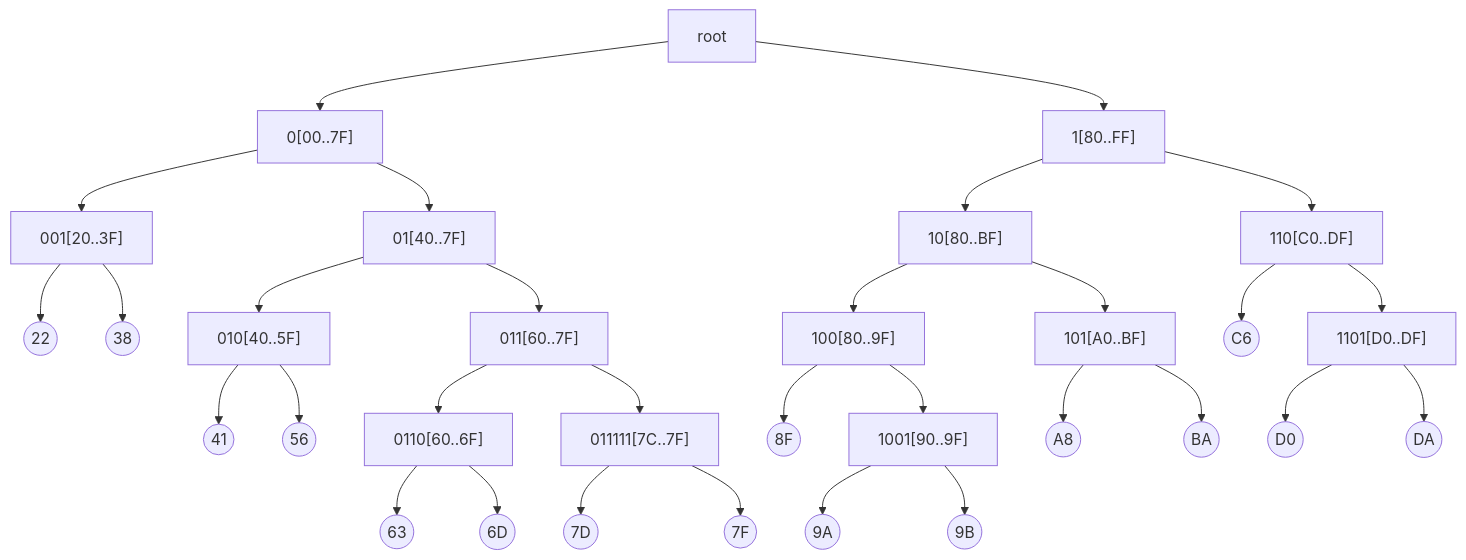
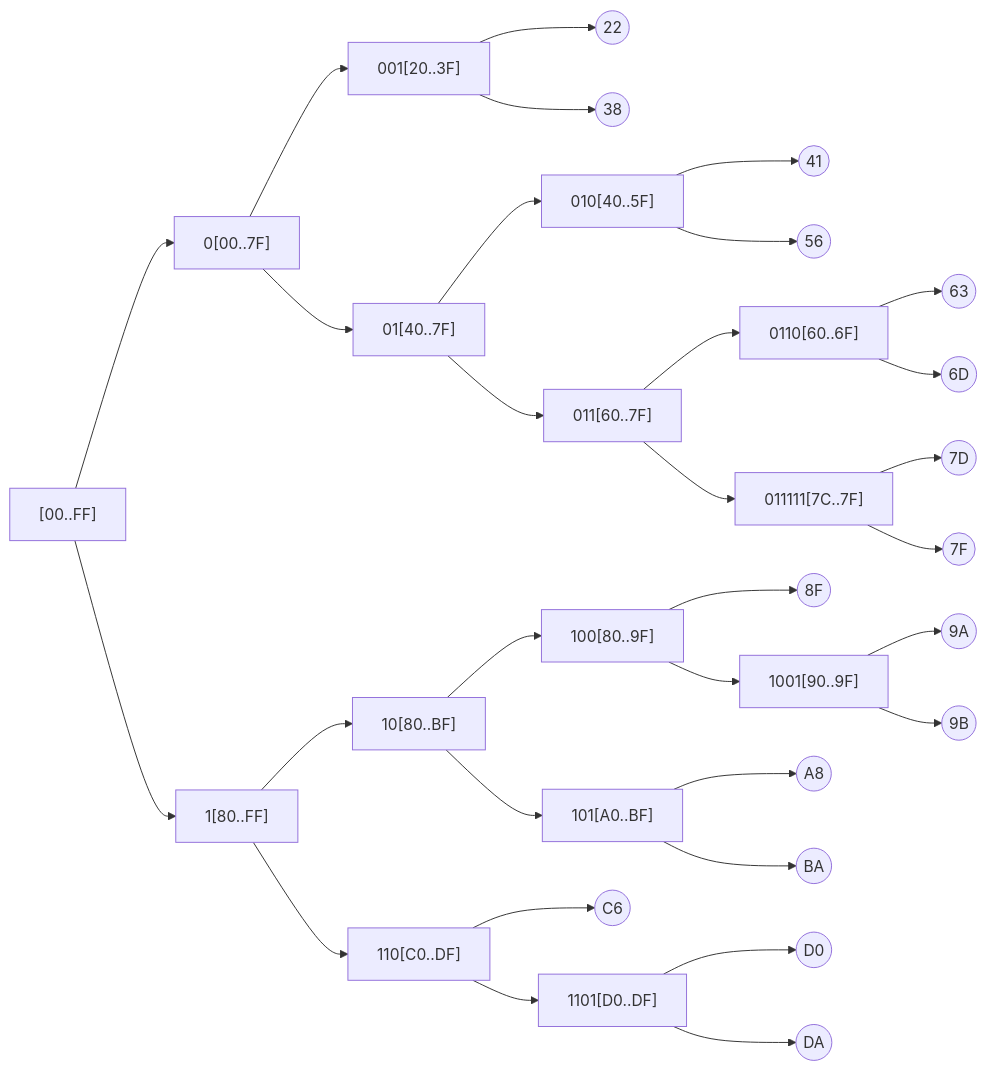
The third of 3 diagrams in notes/set-diff.md (sergey-shandar/public), drawn with Mermaid before and after one commit.

````diff
--- a/notes/set-diff.md
+++ b/notes/set-diff.md
@@ -53,19 +53,19 @@
 ```mermaid
-flowchart TD
-  root --> 0["0[00..7F]"] --> 001["001[20..3F]"] --> 22((22))
+flowchart LR
+  root["[00..FF]"] --> 0["0[00..7F]"] --> 001["001[20..3F]"] --> 22((22))
   root --> 1["1[80..FF]"] --> 10["10[80..BF]"] --> 100["100[80..9F]"] --> 8F((8F))
   0 --> 01["01[40..7F]"] --> 010["010[40..5F]"] --> 41((41))
   001 --> 38((38))
   01 --> 011["011[60..7F]"] --> 0110["0110[60..6F]"] --> 63((63))
   010 --> 56((56))
   011 --> 011111["011111[7C..7F]"] --> 7D((7D))
   0110 --> 6D((6D))
   011111 --> 7F((7F))
   1 --> 110["110[C0..DF]"] --> C6((C6))
   10 --> 101["101[A0..BF]"] --> A8((A8))
   100 --> 1001["1001[90..9F]"] --> 9A((9A))
   1001 --> 9B((9B))
   101 --> BA((BA))
   110 --> 1101["1101[D0..DF]"] --> D0((D0))
   1101 --> DA((DA))
 ```
````
